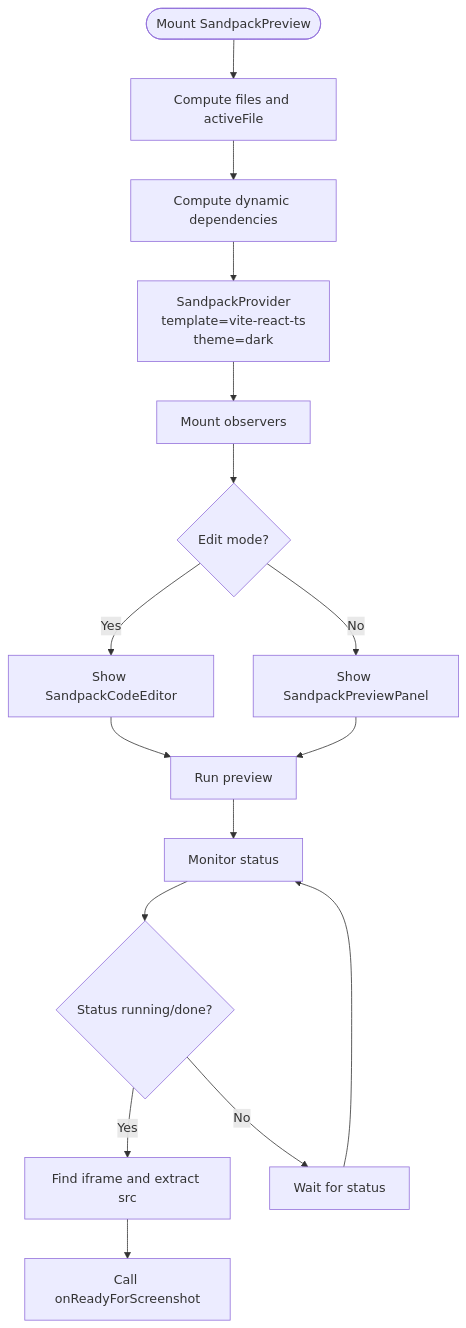
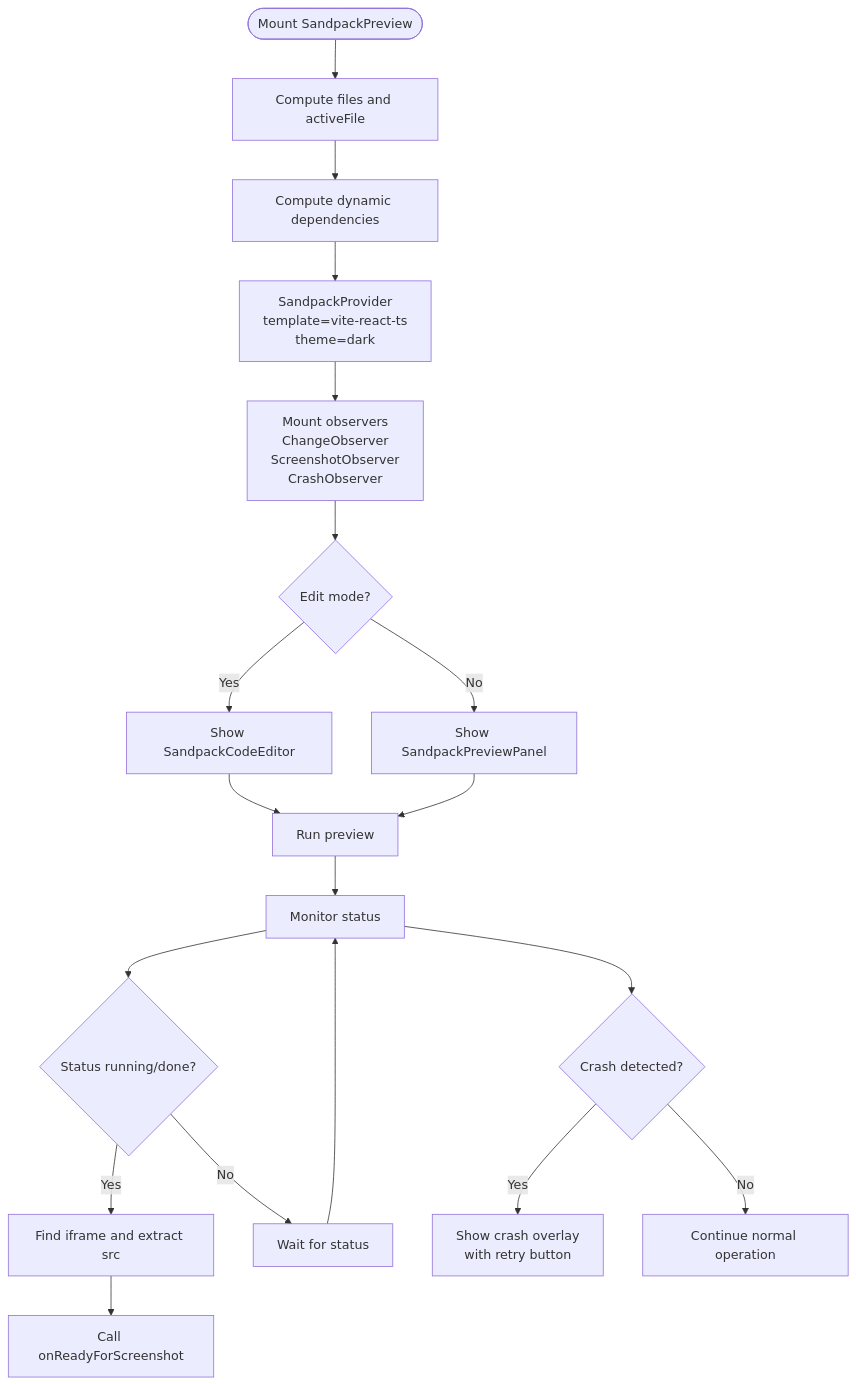
The third of 8 diagrams in .qoder/repowiki/en/content/Live Preview & Development Tools/Sandpack Integration.md (shekhargiri005-dotcom/AI-powered-accessibility-first-UI-engine), drawn with Mermaid before and after one commit. The commit also changed other lines of this file and 32 other files, not shown here.

````diff
--- a/.qoder/repowiki/en/content/Live Preview & Development Tools/Sandpack Integration.md
+++ b/.qoder/repowiki/en/content/Live Preview & Development Tools/Sandpack Integration.md
@@ -145,18 +165,21 @@
 ```mermaid
 flowchart TD
 Start(["Mount SandpackPreview"]) --> BuildFiles["Compute files and activeFile"]
 BuildFiles --> BuildDeps["Compute dynamic dependencies"]
 BuildDeps --> SetupProvider["SandpackProvider<br/>template=vite-react-ts<br/>theme=dark"]
-SetupProvider --> MountObs["Mount observers"]
+SetupProvider --> MountObs["Mount observers<br/>ChangeObserver<br/>ScreenshotObserver<br/>CrashObserver"]
 MountObs --> EditMode{"Edit mode?"}
 EditMode --> |Yes| ShowEditor["Show SandpackCodeEditor"]
 EditMode --> |No| ShowPreview["Show SandpackPreviewPanel"]
 ShowEditor --> RunPreview["Run preview"]
 ShowPreview --> RunPreview
 RunPreview --> Status["Monitor status"]
 Status --> Ready{"Status running/done?"}
 Ready --> |Yes| IframeCheck["Find iframe and extract src"]
 IframeCheck --> PostReady["Call onReadyForScreenshot"]
 Ready --> |No| Wait["Wait for status"]
 Wait --> Status
+Status --> Crash{"Crash detected?"}
+Crash --> |Yes| ShowCrashOverlay["Show crash overlay<br/>with retry button"]
+Crash --> |No| Continue["Continue normal operation"]
 ```
````
